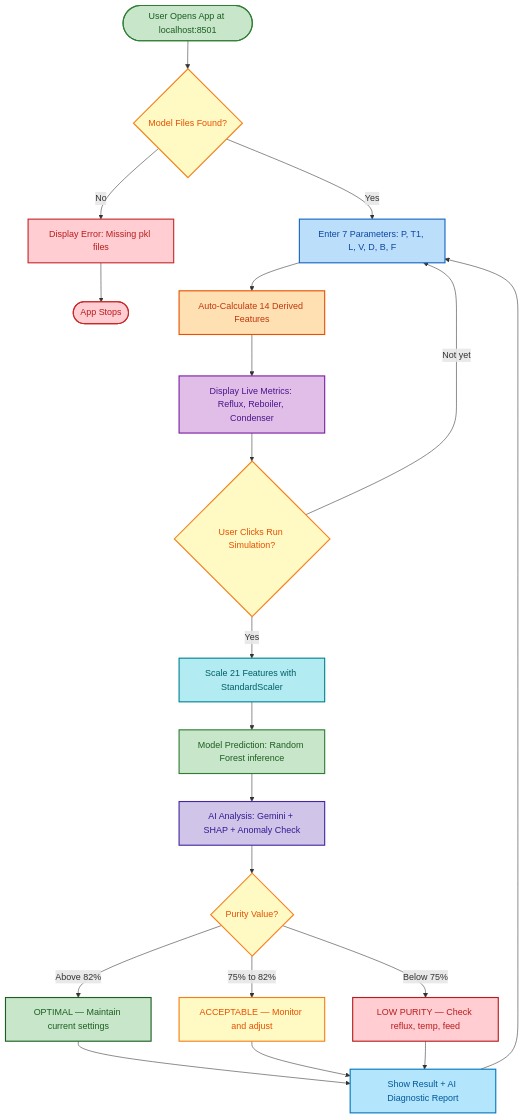
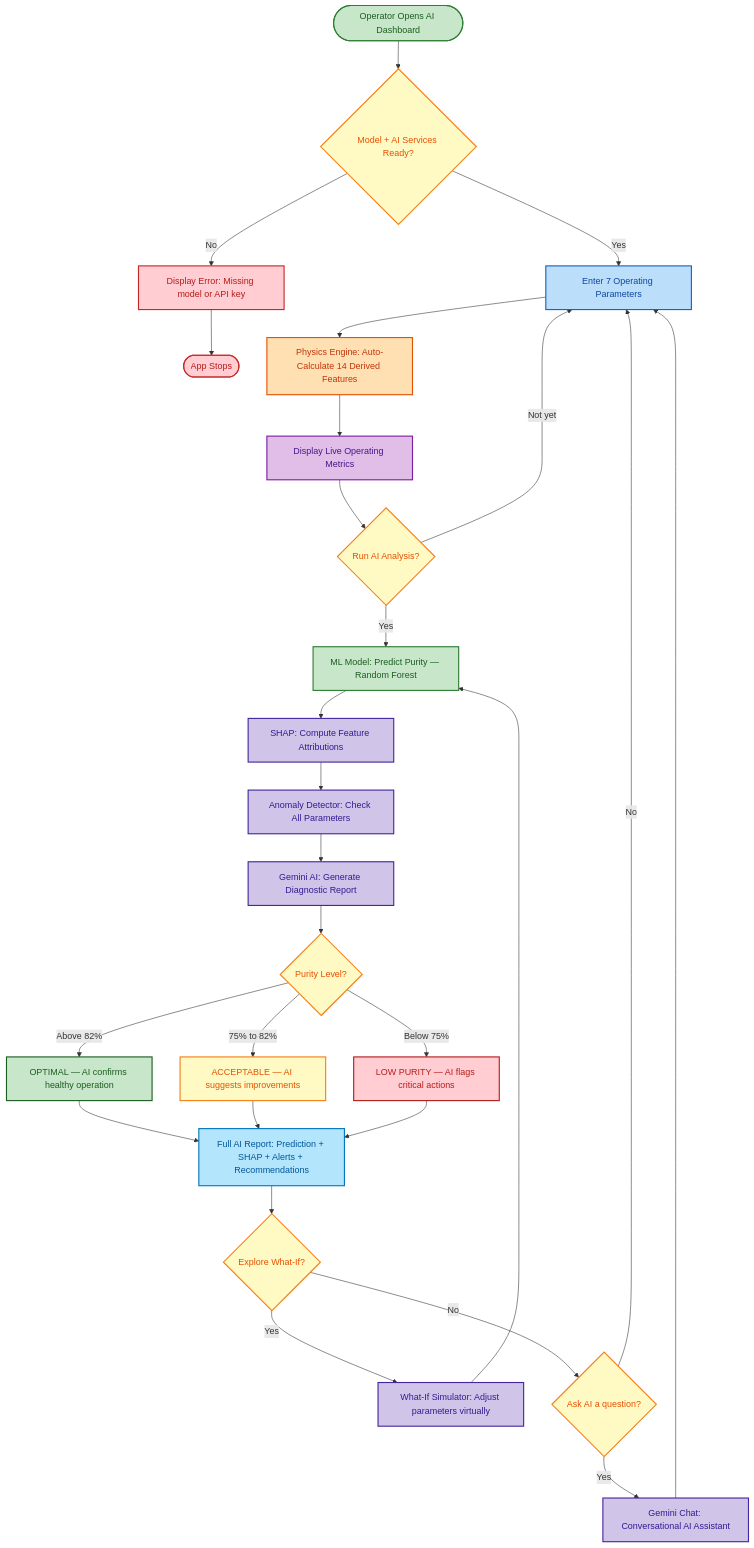
One commit to KrishnaNsingh/Distillation-Column-Prediction changed the third of 3 diagrams in README.md. Above: the diagram before and after it, drawn with Mermaid. The commit also changed other lines of this file, not shown here.

Commit message:
refactor: overhaul README with updated project branding, expanded AI capabilities documentation, and restructured feature tables

````diff
--- a/README.md
+++ b/README.md
@@ -216,45 +246,58 @@
 ```mermaid
 flowchart TD
-    START(["User Opens App at localhost:8501"]) --> LOAD{"Model Files Found?"}
+    START(["Operator Opens AI Dashboard"]) --> LOAD{"Model + AI Services Ready?"}
 
-    LOAD -- "No" --> ERR["Display Error: Missing pkl files"]
+    LOAD -- "No" --> ERR["Display Error: Missing model or API key"]
     ERR --> STOP(["App Stops"])
 
-    LOAD -- "Yes" --> INPUT["Enter 7 Parameters: P, T1, L, V, D, B, F"]
-    INPUT --> CALC["Auto-Calculate 14 Derived Features"]
-    CALC --> METRICS["Display Live Metrics: Reflux, Reboiler, Condenser"]
-    METRICS --> BTN{"User Clicks Run Simulation?"}
+    LOAD -- "Yes" --> INPUT["Enter 7 Operating Parameters"]
+    INPUT --> CALC["Physics Engine: Auto-Calculate 14 Derived Features"]
+    CALC --> METRICS["Display Live Operating Metrics"]
+    METRICS --> BTN{"Run AI Analysis?"}
 
     BTN -- "Not yet" --> INPUT
 
-    BTN -- "Yes" --> SCALE["Scale 21 Features with StandardScaler"]
-    SCALE --> PREDICT["Model Prediction: Random Forest inference"]
-    PREDICT --> AIANALYSIS["AI Analysis: Gemini + SHAP + Anomaly Check"]
-    AIANALYSIS --> CHECK{"Purity Value?"}
+    BTN -- "Yes" --> PREDICT["ML Model: Predict Purity — Random Forest"]
+    PREDICT --> SHAP_STEP["SHAP: Compute Feature Attributions"]
+    SHAP_STEP --> ANOMALY["Anomaly Detector: Check All Parameters"]
+    ANOMALY --> GEMINI["Gemini AI: Generate Diagnostic Report"]
+    GEMINI --> CHECK{"Purity Level?"}
 
-    CHECK -- "Above 82%" --> GREEN["OPTIMAL — Maintain current settings"]
-    CHECK -- "75% to 82%" --> YELLOW["ACCEPTABLE — Monitor and adjust"]
-    CHECK -- "Below 75%" --> RED["LOW PURITY — Check reflux, temp, feed"]
+    CHECK -- "Above 82%" --> GREEN["OPTIMAL — AI confirms healthy operation"]
+    CHECK -- "75% to 82%" --> YELLOW["ACCEPTABLE — AI suggests improvements"]
+    CHECK -- "Below 75%" --> RED["LOW PURITY — AI flags critical actions"]
 
-    GREEN --> DISPLAY["Show Result + AI Diagnostic Report"]
+    GREEN --> DISPLAY["Full AI Report: Prediction + SHAP + Alerts + Recommendations"]
     YELLOW --> DISPLAY
     RED --> DISPLAY
-    DISPLAY --> INPUT
+
+    DISPLAY --> WHATIF{"Explore What-If?"}
+    WHATIF -- "Yes" --> SIMULATOR["What-If Simulator: Adjust parameters virtually"]
+    SIMULATOR --> PREDICT
+    WHATIF -- "No" --> CHAT{"Ask AI a question?"}
+    CHAT -- "Yes" --> COPILOT["Gemini Chat: Conversational AI Assistant"]
+    COPILOT --> INPUT
+    CHAT -- "No" --> INPUT
 
     style START fill:#C8E6C9,stroke:#2E7D32,stroke-width:2px,color:#1B5E20
     style STOP fill:#FFCDD2,stroke:#C62828,stroke-width:2px,color:#B71C1C
     style ERR fill:#FFCDD2,stroke:#C62828,stroke-width:2px,color:#B71C1C
     style LOAD fill:#FFF9C4,stroke:#F57F17,stroke-width:2px,color:#E65100
     style INPUT fill:#BBDEFB,stroke:#1565C0,stroke-width:2px,color:#0D47A1
     style CALC fill:#FFE0B2,stroke:#E65100,stroke-width:2px,color:#BF360C
     style METRICS fill:#E1BEE7,stroke:#7B1FA2,stroke-width:2px,color:#4A148C
     style BTN fill:#FFF9C4,stroke:#F57F17,stroke-width:2px,color:#E65100
-    style SCALE fill:#B2EBF2,stroke:#00838F,stroke-width:2px,color:#006064
     style PREDICT fill:#C8E6C9,stroke:#2E7D32,stroke-width:2px,color:#1B5E20
+    style SHAP_STEP fill:#D1C4E9,stroke:#4527A0,stroke-width:2px,color:#311B92
+    style ANOMALY fill:#D1C4E9,stroke:#4527A0,stroke-width:2px,color:#311B92
+    style GEMINI fill:#D1C4E9,stroke:#4527A0,stroke-width:2px,color:#311B92
     style CHECK fill:#FFF9C4,stroke:#F57F17,stroke-width:2px,color:#E65100
     style GREEN fill:#C8E6C9,stroke:#1B5E20,stroke-width:2px,color:#1B5E20
     style YELLOW fill:#FFF9C4,stroke:#F57F17,stroke-width:2px,color:#E65100
     style RED fill:#FFCDD2,stroke:#B71C1C,stroke-width:2px,color:#B71C1C
-    style AIANALYSIS fill:#D1C4E9,stroke:#4527A0,stroke-width:2px,color:#311B92
     style DISPLAY fill:#B3E5FC,stroke:#0277BD,stroke-width:2px,color:#01579B
+    style WHATIF fill:#FFF9C4,stroke:#F57F17,stroke-width:2px,color:#E65100
+    style SIMULATOR fill:#D1C4E9,stroke:#4527A0,stroke-width:2px,color:#311B92
+    style CHAT fill:#FFF9C4,stroke:#F57F17,stroke-width:2px,color:#E65100
+    style COPILOT fill:#D1C4E9,stroke:#4527A0,stroke-width:2px,color:#311B92
 ```
````
